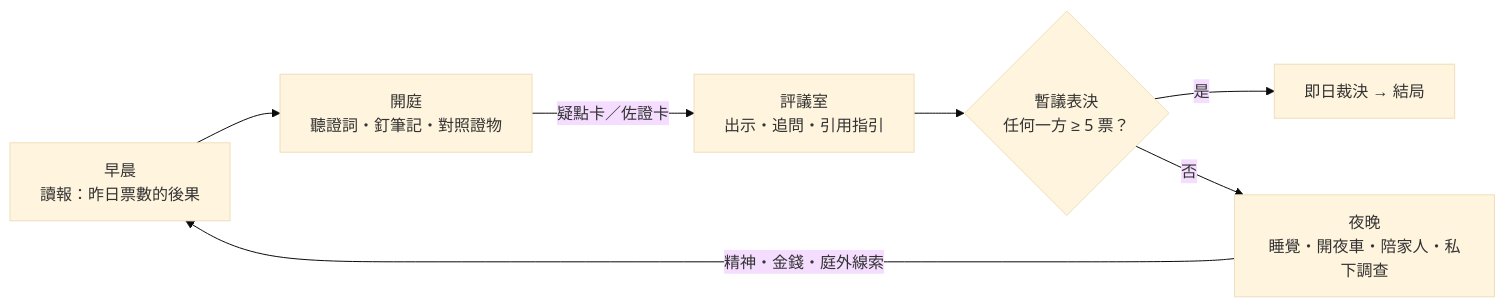
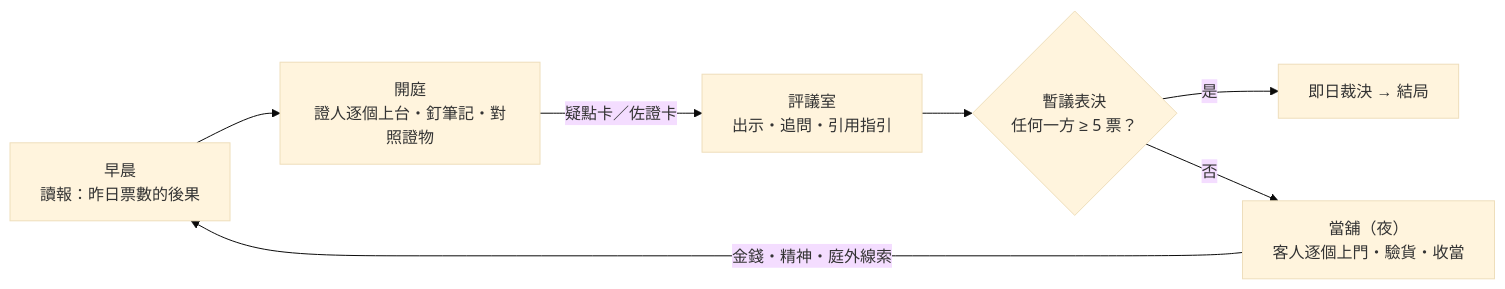
One commit to 888wing/8bitgo changed the diagram in docs/01-core-loop.md. Above: the diagram before and after it, drawn with Mermaid (base theme). The commit also changed other lines of this file and 3 other files, not shown here.

````diff
--- a/docs/01-core-loop.md
+++ b/docs/01-core-loop.md
@@ -144,9 +144,9 @@
 ```mermaid
 flowchart LR
-    M["早晨<br/>讀報：昨日票數的後果"] --> C["開庭<br/>聽證詞・釘筆記・對照證物"]
+    M["早晨<br/>讀報：昨日票數的後果"] --> C["開庭<br/>證人逐個上台・釘筆記・對照證物"]
     C -- "疑點卡／佐證卡" --> R["評議室<br/>出示・追問・引用指引"]
     R --> V{"暫議表決<br/>任何一方 ≥ 5 票？"}
     V -- "是" --> E["即日裁決 → 結局"]
-    V -- "否" --> N["夜晚<br/>睡覺・開夜車・陪家人・私下調查"]
-    N -- "精神・金錢・庭外線索" --> M
+    V -- "否" --> S["當舖（夜）<br/>客人逐個上門・驗貨・收當"]
+    S -- "金錢・精神・庭外線索" --> M
 ```
````
